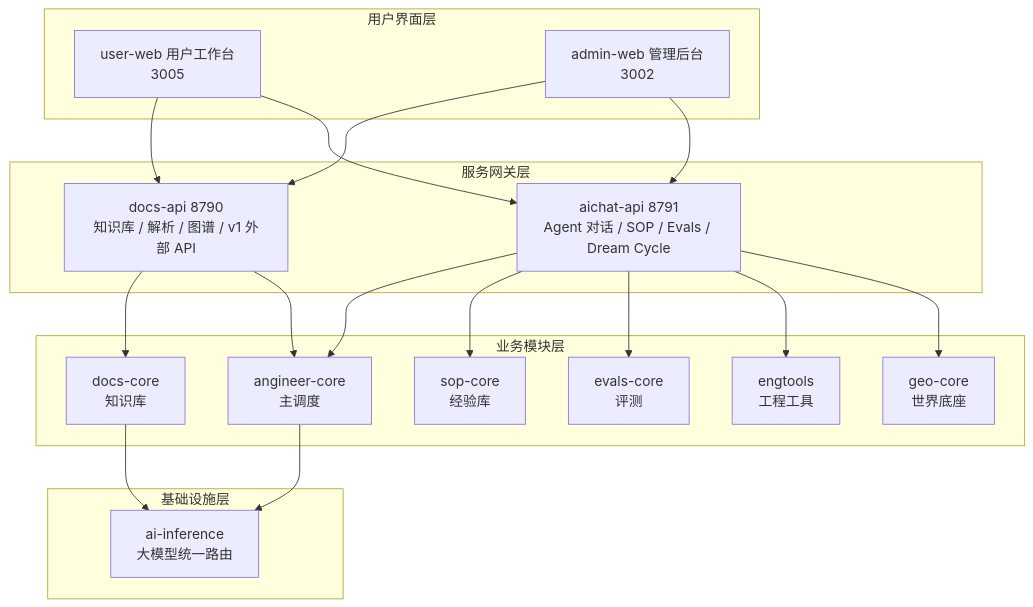
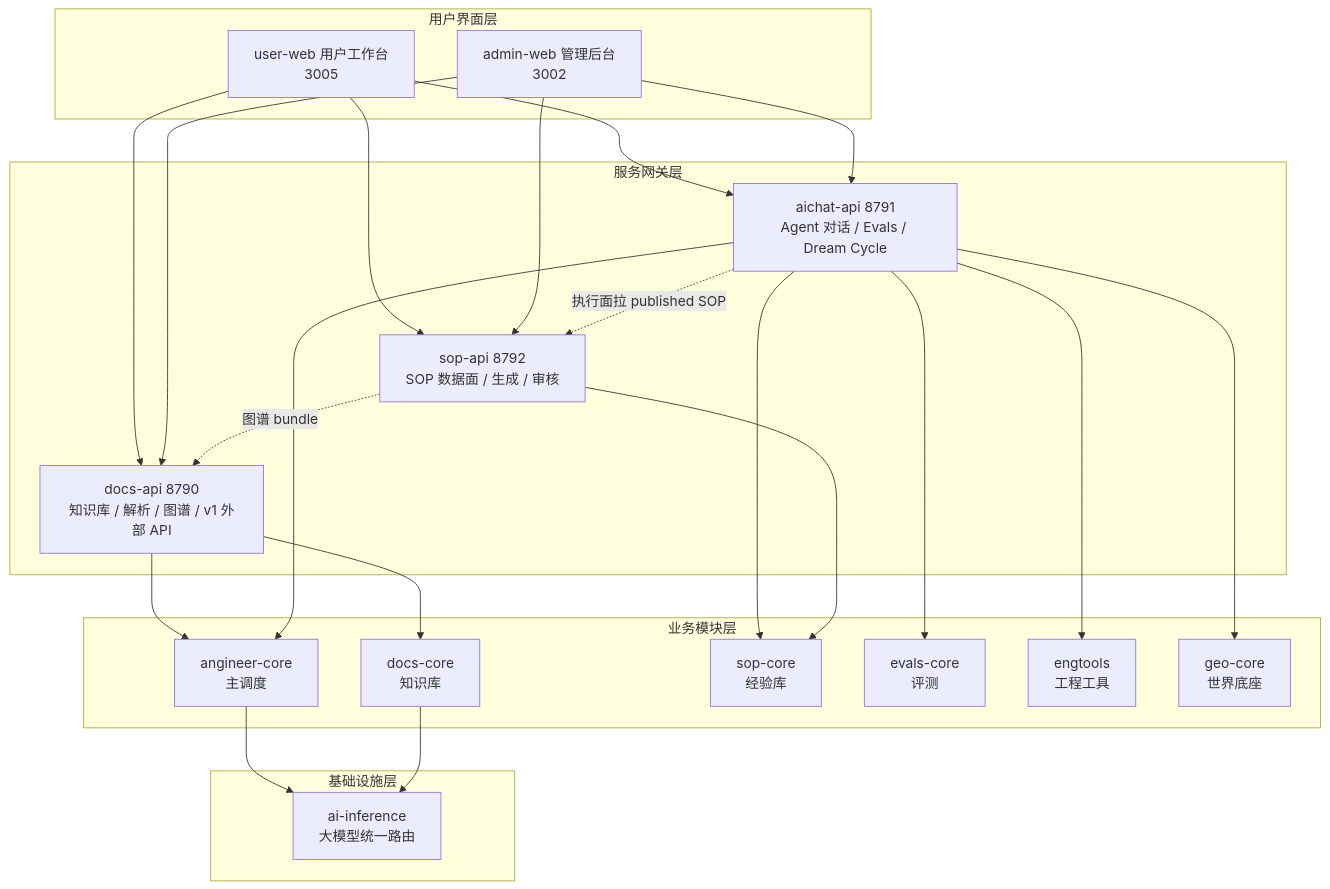
Before and after one commit to 0mao0/AnGIneer: the first of 10 diagrams in docs/tech-report.md, drawn with Mermaid. The commit also changed other lines of this file and 3 other files, not shown here.

First line of the commit message:
docs(sop): SOP 解耦后文档同步——README（sop_execute 正名/sop-api 独立服务/domain pack、端口 8792、Roadmap v0.3）、tech-report（§4.3 服务边界新节、§1 架构图与边界表加 sop-api、§4.2 能力行、§5 OfficeQA 与答案收尾协议、§7/§9/§10/§11 端口与环境变量同步）、architecture-map（sop-api 模块+端口+代理分流+变更清单）、.env.example 领域包注释错位修正；版本基线注明含 10-11/12 未发版改动

````diff
--- a/docs/tech-report.md
+++ b/docs/tech-report.md
@@ -13,29 +13,33 @@
 ```mermaid
 flowchart TB
     subgraph UI["用户界面层"]
         UW["user-web 用户工作台<br/>3005"]
         AW["admin-web 管理后台<br/>3002"]
     end
     subgraph GW["服务网关层"]
         DA["docs-api 8790<br/>知识库 / 解析 / 图谱 / v1 外部 API"]
-        AA["aichat-api 8791<br/>Agent 对话 / SOP / Evals / Dream Cycle"]
+        AA["aichat-api 8791<br/>Agent 对话 / Evals / Dream Cycle"]
+        SA["sop-api 8792<br/>SOP 数据面 / 生成 / 审核"]
     end
     subgraph BIZ["业务模块层"]
         CORE["angineer-core<br/>主调度"]
         DOCS["docs-core<br/>知识库"]
         SOP["sop-core<br/>经验库"]
         EVAL["evals-core<br/>评测"]
         TOOL["engtools<br/>工程工具"]
         GEO["geo-core<br/>世界底座"]
     end
     subgraph BASE["基础设施层"]
         AI["ai-inference<br/>大模型统一路由"]
     end
 
-    UW --> DA & AA
-    AW --> DA & AA
+    UW --> DA & AA & SA
+    AW --> DA & AA & SA
     DA --> DOCS & CORE
     AA --> CORE & SOP & EVAL & TOOL & GEO
+    AA -.->|"执行面拉 published SOP"| SA
+    SA --> SOP
+    SA -.->|"图谱 bundle"| DA
     CORE --> AI
     DOCS --> AI
 ```
````
